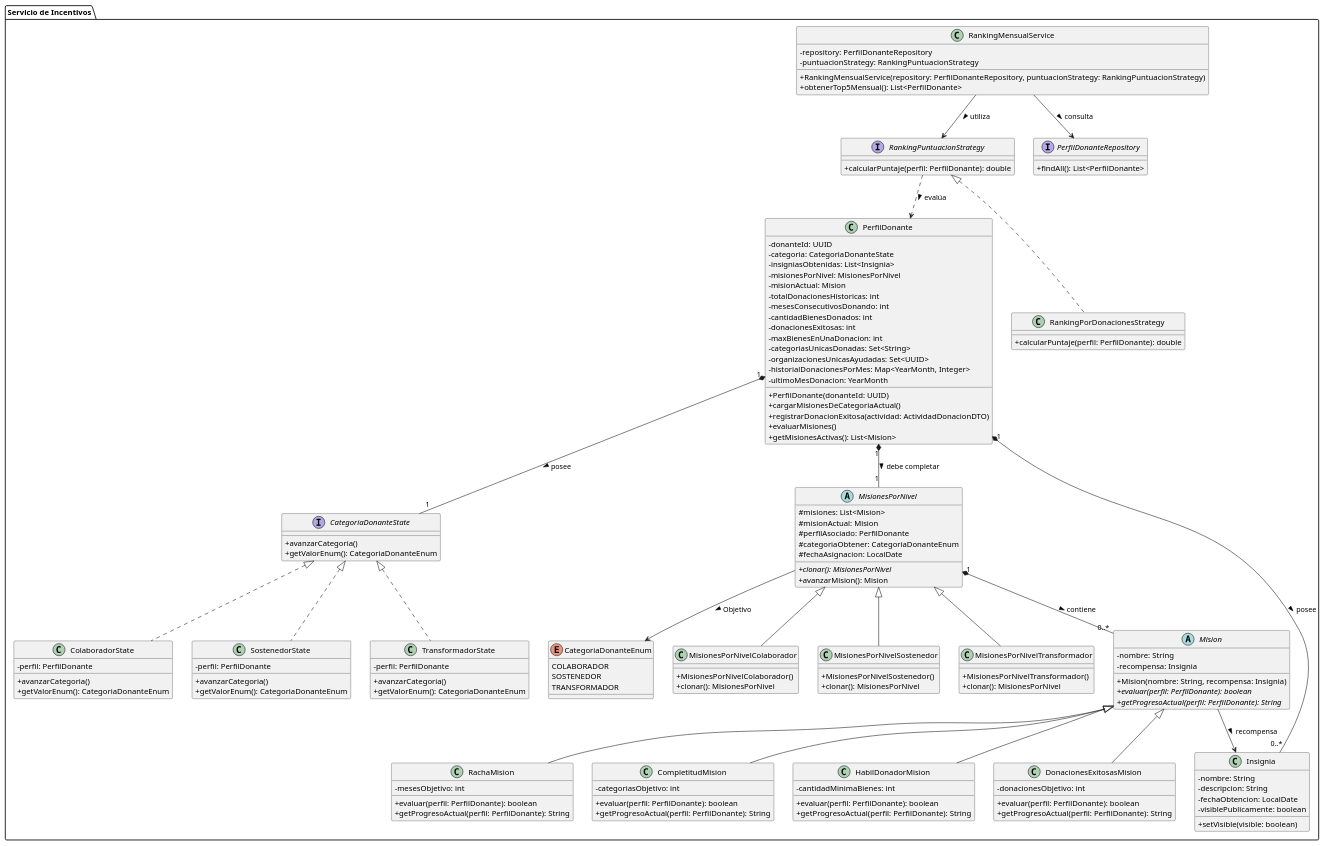
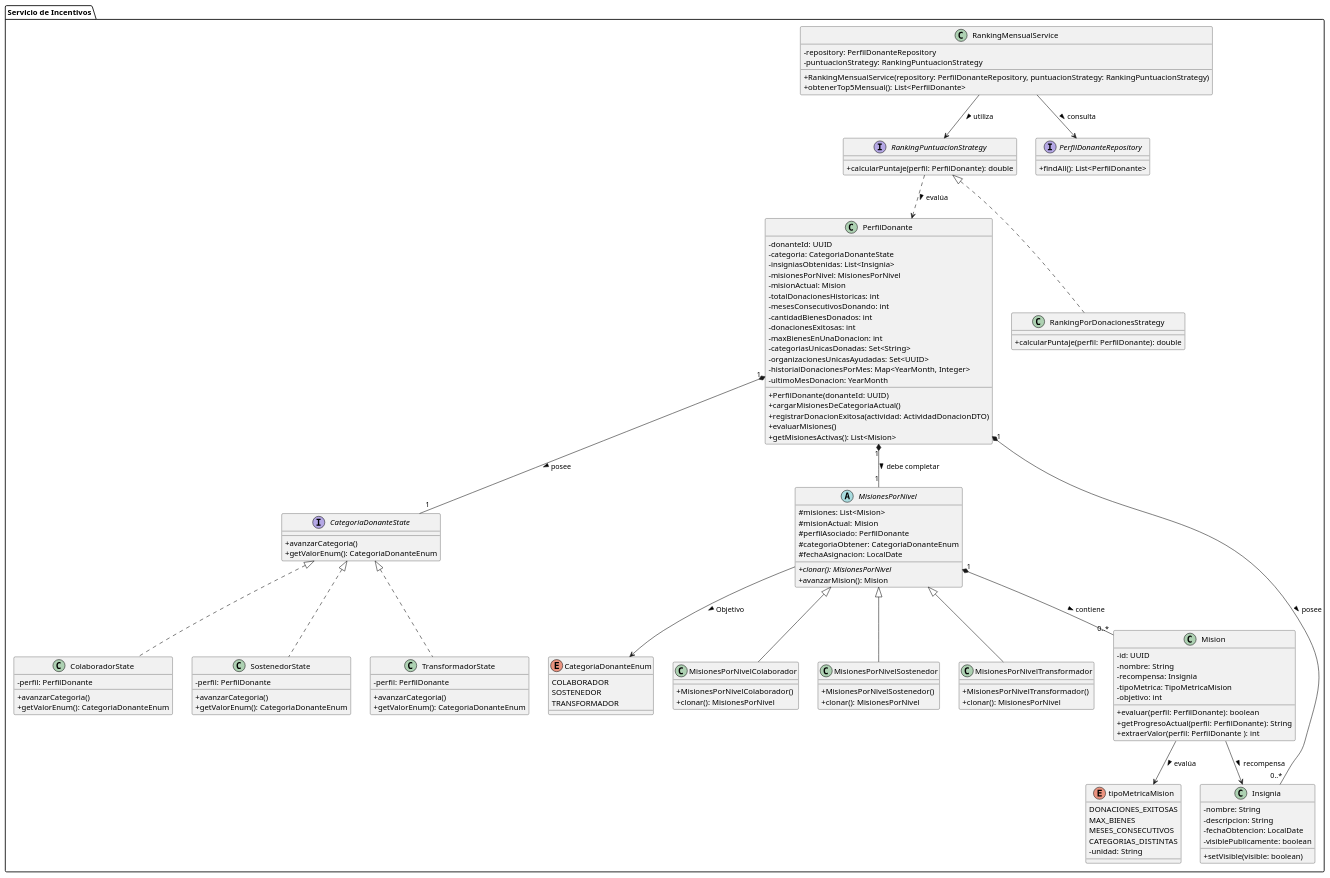
One commit to matefernandezcc/DonaTrack changed the diagram in diagramas/incentivos/ServicioIncentivos.puml. Above: the diagram before and after it, drawn with PlantUML. The commit also changed 9 other files, not shown here.

```diff
--- a/diagramas/incentivos/ServicioIncentivos.puml
+++ b/diagramas/incentivos/ServicioIncentivos.puml
@@ -1,155 +1,143 @@
 @startuml ServicioIncentivos.puml
 skinparam classAttributeIconSize 0
 
 package "Servicio de Incentivos" {
 
     enum CategoriaDonanteEnum {
         COLABORADOR
         SOSTENEDOR
         TRANSFORMADOR
+    }
+
+    enum tipoMetricaMision {
+        DONACIONES_EXITOSAS
+        MAX_BIENES
+        MESES_CONSECUTIVOS
+        CATEGORIAS_DISTINTAS
+        -unidad: String
     }
 
     interface CategoriaDonanteState {
         + avanzarCategoria()
         + getValorEnum(): CategoriaDonanteEnum
     }
 
     class ColaboradorState implements CategoriaDonanteState {
         - perfil: PerfilDonante
         + avanzarCategoria()
         + getValorEnum(): CategoriaDonanteEnum
     }
 
     class SostenedorState implements CategoriaDonanteState {
         - perfil: PerfilDonante
         + avanzarCategoria()
         + getValorEnum(): CategoriaDonanteEnum
     }
 
     class TransformadorState implements CategoriaDonanteState {
         - perfil: PerfilDonante
         + avanzarCategoria()
         + getValorEnum(): CategoriaDonanteEnum
     }
 
     class PerfilDonante {
         - donanteId: UUID
         - categoria: CategoriaDonanteState
         - insigniasObtenidas: List<Insignia>
         - misionesPorNivel: MisionesPorNivel
         - misionActual: Mision
         - totalDonacionesHistoricas: int
         - mesesConsecutivosDonando: int
         - cantidadBienesDonados: int
         - donacionesExitosas: int
         - maxBienesEnUnaDonacion: int
         - categoriasUnicasDonadas: Set<String>
         - organizacionesUnicasAyudadas: Set<UUID>
         - historialDonacionesPorMes: Map<YearMonth, Integer>
         - ultimoMesDonacion: YearMonth
         + PerfilDonante(donanteId: UUID)
         + cargarMisionesDeCategoriaActual()
         + registrarDonacionExitosa(actividad: ActividadDonacionDTO)
         + evaluarMisiones()
         + getMisionesActivas(): List<Mision>
     }
 
     abstract class MisionesPorNivel {
         # misiones: List<Mision>
         # misionActual: Mision
         # perfilAsociado: PerfilDonante
         # categoriaObtener: CategoriaDonanteEnum
         # fechaAsignacion: LocalDate
         + {abstract} clonar(): MisionesPorNivel
         + avanzarMision(): Mision
     }
 
     class MisionesPorNivelColaborador extends MisionesPorNivel {
         + MisionesPorNivelColaborador()
         + clonar(): MisionesPorNivel
     }
 
     class MisionesPorNivelSostenedor extends MisionesPorNivel {
         + MisionesPorNivelSostenedor()
         + clonar(): MisionesPorNivel
     }
 
     class MisionesPorNivelTransformador extends MisionesPorNivel {
         + MisionesPorNivelTransformador()
         + clonar(): MisionesPorNivel
     }
 
-    abstract class Mision {
+    class Mision {
+        - id: UUID
         - nombre: String
         - recompensa: Insignia
-        + Mision(nombre: String, recompensa: Insignia)
-        + {abstract} evaluar(perfil: PerfilDonante): boolean
-        + {abstract} getProgresoActual(perfil: PerfilDonante): String
-    }
-
-    class RachaMision extends Mision {
-        - mesesObjetivo: int
+        - tipoMetrica: TipoMetricaMision
+        - objetivo: int
         + evaluar(perfil: PerfilDonante): boolean
         + getProgresoActual(perfil: PerfilDonante): String
-    }
-
-    class CompletitudMision extends Mision {
-        - categoriasObjetivo: int
-        + evaluar(perfil: PerfilDonante): boolean
-        + getProgresoActual(perfil: PerfilDonante): String
-    }
-
-    class HabilDonadorMision extends Mision {
-        - cantidadMinimaBienes: int
-        + evaluar(perfil: PerfilDonante): boolean
-        + getProgresoActual(perfil: PerfilDonante): String
-    }
-
-    class DonacionesExitosasMision extends Mision {
-        - donacionesObjetivo: int
-        + evaluar(perfil: PerfilDonante): boolean
-        + getProgresoActual(perfil: PerfilDonante): String
+        + extraerValor(perfil: PerfilDonante ): int
     }
 
     class Insignia {
         - nombre: String
         - descripcion: String
         - fechaObtencion: LocalDate
         - visiblePublicamente: boolean
         + setVisible(visible: boolean)
     }
 
     class RankingMensualService {
         - repository: PerfilDonanteRepository
         - puntuacionStrategy: RankingPuntuacionStrategy
         + RankingMensualService(repository: PerfilDonanteRepository, puntuacionStrategy: RankingPuntuacionStrategy)
         + obtenerTop5Mensual(): List<PerfilDonante>
     }
 
     interface RankingPuntuacionStrategy {
         + calcularPuntaje(perfil: PerfilDonante): double
     }
 
     class RankingPorDonacionesStrategy implements RankingPuntuacionStrategy {
         + calcularPuntaje(perfil: PerfilDonante): double
     }
 
     interface PerfilDonanteRepository {
         + findAll(): List<PerfilDonante>
     }
 
     ' Relaciones
     PerfilDonante "1" *-- "1" CategoriaDonanteState : posee >
     PerfilDonante "1" *-- "1" MisionesPorNivel : debe completar >
     PerfilDonante "1" *-- "0..*" Insignia : posee >
 
     MisionesPorNivel "1" *-- "0..*" Mision : contiene >
     MisionesPorNivel --> CategoriaDonanteEnum : Objetivo >
 
     Mision --> Insignia : recompensa >
+    Mision --> tipoMetricaMision : evalúa >
 
     RankingMensualService --> PerfilDonanteRepository : consulta >
     RankingMensualService --> RankingPuntuacionStrategy : utiliza >
     RankingPuntuacionStrategy ..> PerfilDonante : evalúa >
 }
 @enduml
```
